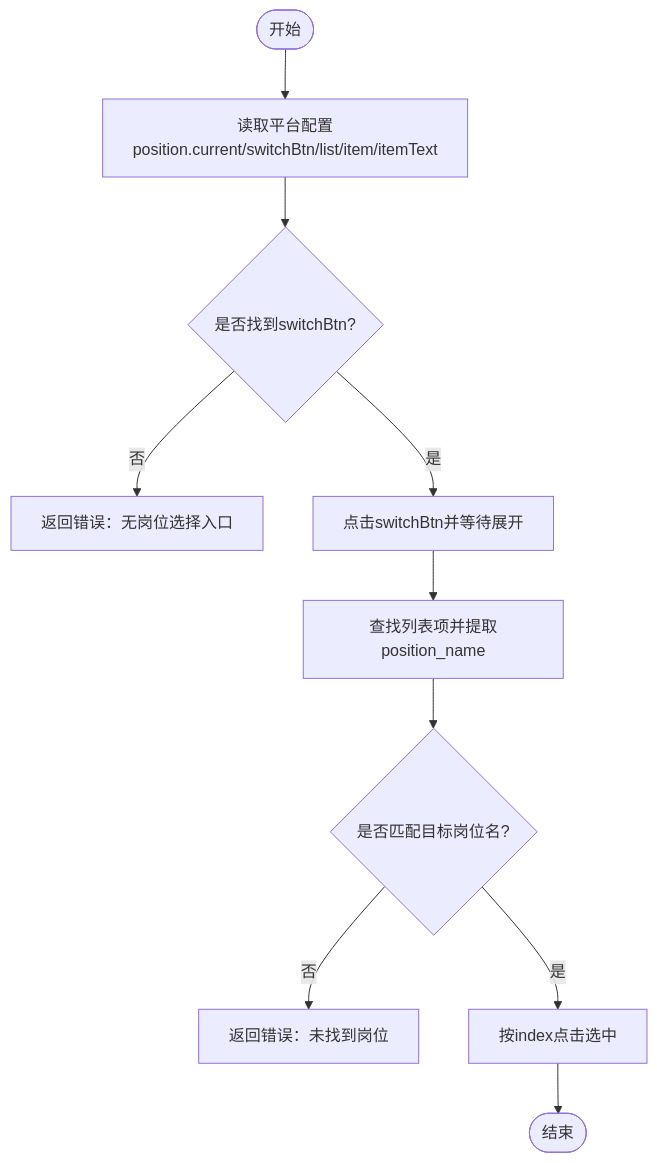
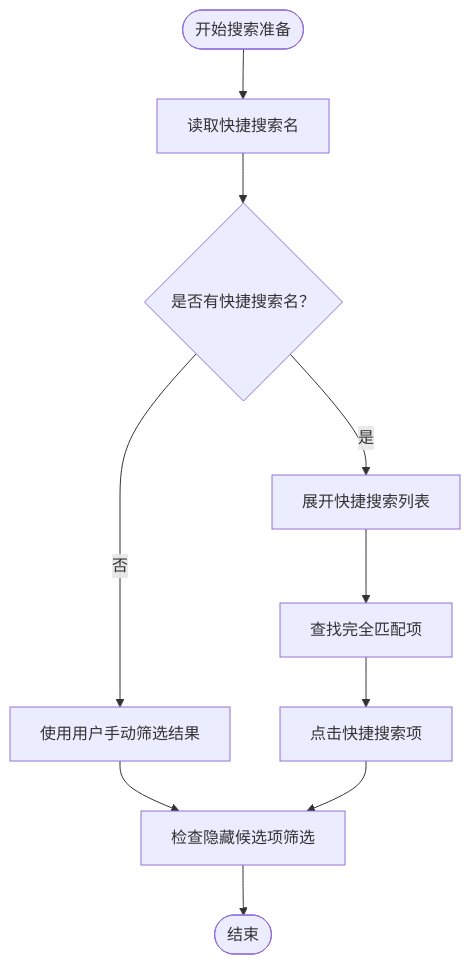
One commit to alvinwangzi/goodhr changed the fourth of 7 diagrams in .qoder/repowiki/zh/content/本地执行器/平台适配器/猎聘适配器/职位管理.md. Above: the diagram before and after it, drawn with Mermaid. The commit also changed other lines of this file and 149 other files, not shown here.

````diff
--- a/.qoder/repowiki/zh/content/本地执行器/平台适配器/猎聘适配器/职位管理.md
+++ b/.qoder/repowiki/zh/content/本地执行器/平台适配器/猎聘适配器/职位管理.md
@@ -117,12 +164,12 @@
 ```mermaid
 flowchart TD
-Start(["开始"]) --> ReadCfg["读取平台配置<br/>position.current/switchBtn/list/item/itemText"]
-ReadCfg --> ClickSwitch{"是否找到switchBtn?"}
-ClickSwitch -- 否 --> Err1["返回错误：无岗位选择入口"]
-ClickSwitch -- 是 --> OpenList["点击switchBtn并等待展开"]
-OpenList --> FindItems["查找列表项并提取position_name"]
-FindItems --> Match{"是否匹配目标岗位名?"}
-Match -- 否 --> Err2["返回错误：未找到岗位"]
-Match -- 是 --> ClickItem["按index点击选中"]
-ClickItem --> End(["结束"])
+S(["开始搜索准备"]) --> ReadCfg["读取快捷搜索名"]
+ReadCfg --> HasShortcut{"是否有快捷搜索名？"}
+HasShortcut --> |否| UseManual["使用用户手动筛选结果"]
+HasShortcut --> |是| ExpandShortcuts["展开快捷搜索列表"]
+ExpandShortcuts --> FindMatch["查找完全匹配项"]
+FindMatch --> ClickShortcut["点击快捷搜索项"]
+UseManual --> HiddenFilters["检查隐藏候选项筛选"]
+ClickShortcut --> HiddenFilters
+HiddenFilters --> End(["结束"])
 ```
````
